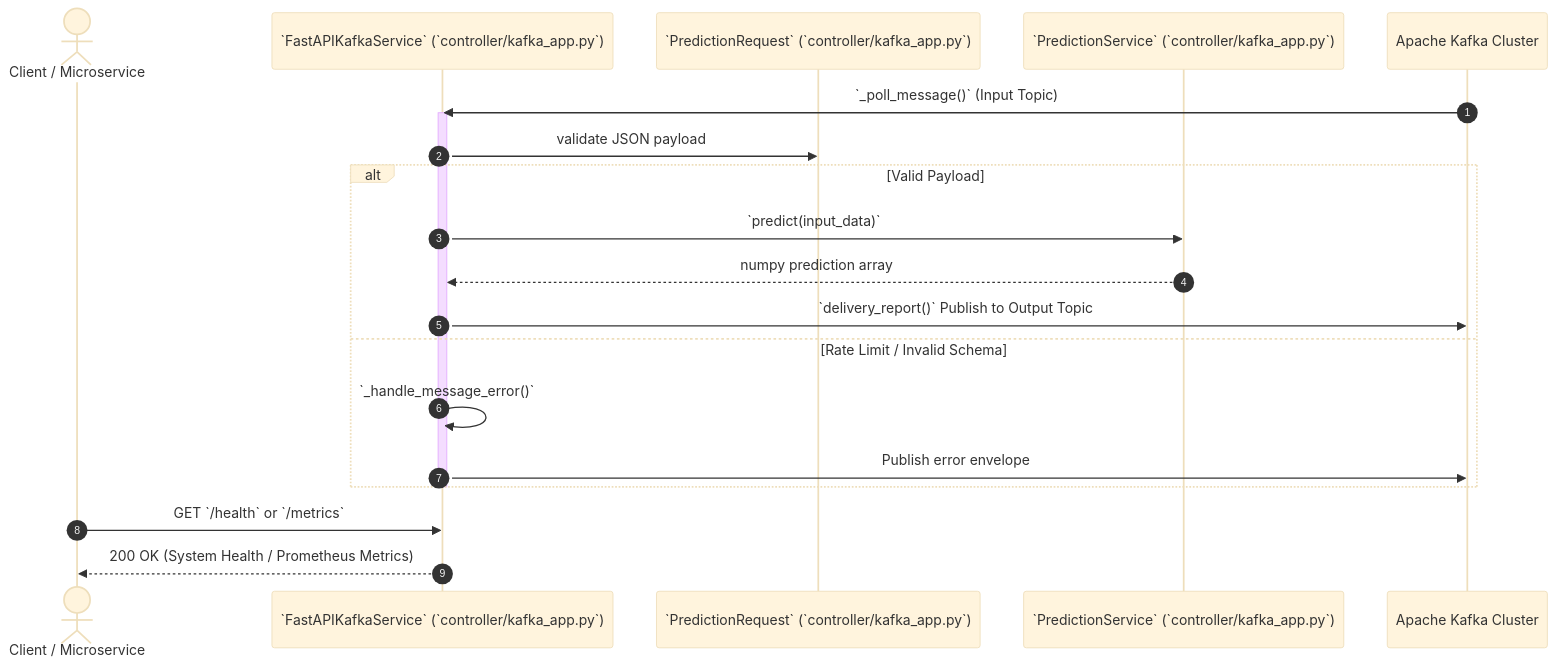
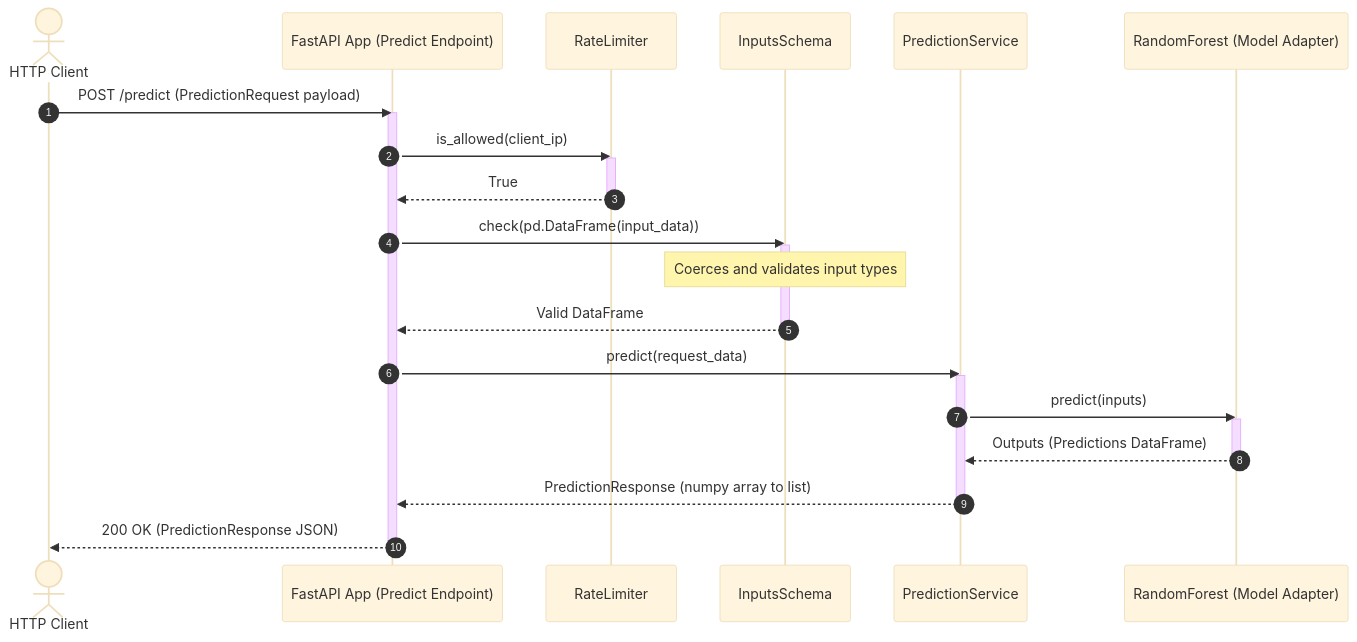
One commit to lgcorzo/mlops-python-package changed the second of 2 diagrams in openwiki/architecture/runtime_sequences.md. Above: the diagram before and after it, drawn with Mermaid (base theme). The commit also changed other lines of this file and 40 other files, not shown here.

````diff
--- a/openwiki/architecture/runtime_sequences.md
+++ b/openwiki/architecture/runtime_sequences.md
@@ -49,25 +82,36 @@
 ```mermaid
 sequenceDiagram
     autonumber
-    actor Client as Client / Microservice
-    participant API as `FastAPIKafkaService` (`controller/kafka_app.py`)
-    participant Schema as `PredictionRequest` (`controller/kafka_app.py`)
-    participant Model as `PredictionService` (`controller/kafka_app.py`)
-    participant Kafka as Apache Kafka Cluster
+    actor Client as HTTP Client
+    participant API as FastAPI App (Predict Endpoint)
+    participant Limiter as RateLimiter
+    participant Schema as InputsSchema
+    participant Svc as PredictionService
+    participant Model as RandomForest (Model Adapter)
 
-    Kafka->>API: `_poll_message()` (Input Topic)
+    Client->>API: POST /predict (PredictionRequest payload)
     activate API
-    API->>Schema: validate JSON payload
-    alt Valid Payload
-        API->>Model: `predict(input_data)`
-        Model-->>API: numpy prediction array
-        API->>Kafka: `delivery_report()` Publish to Output Topic
-    else Rate Limit / Invalid Schema
-        API->>API: `_handle_message_error()`
-        API->>Kafka: Publish error envelope
-    end
+    
+    API->>Limiter: is_allowed(client_ip)
+    activate Limiter
+    Limiter-->>API: True
+    deactivate Limiter
+
+    API->>Schema: check(pd.DataFrame(input_data))
+    activate Schema
+    Note over Schema: Coerces and validates input types
+    Schema-->>API: Valid DataFrame
+    deactivate Schema
+
+    API->>Svc: predict(request_data)
+    activate Svc
+    Svc->>Model: predict(inputs)
+    activate Model
+    Model-->>Svc: Outputs (Predictions DataFrame)
+    deactivate Model
+    Svc-->>API: PredictionResponse (numpy array to list)
+    deactivate Svc
+
+    API-->>Client: 200 OK (PredictionResponse JSON)
     deactivate API
-
-    Client->>API: GET `/health` or `/metrics`
-    API-->>Client: 200 OK (System Health / Prometheus Metrics)
 ```
````
